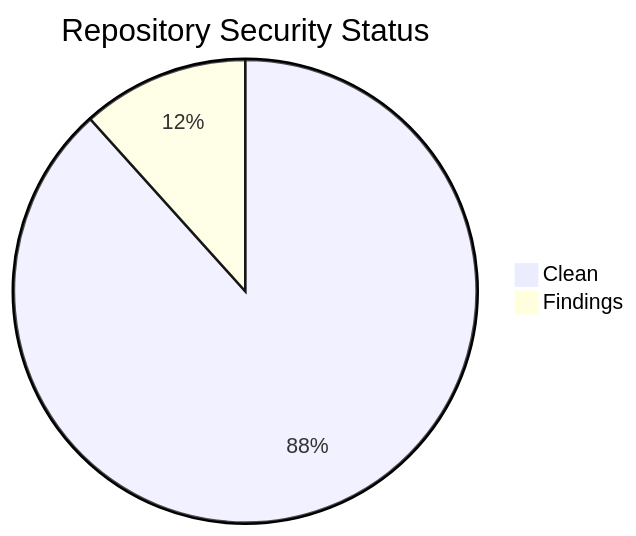
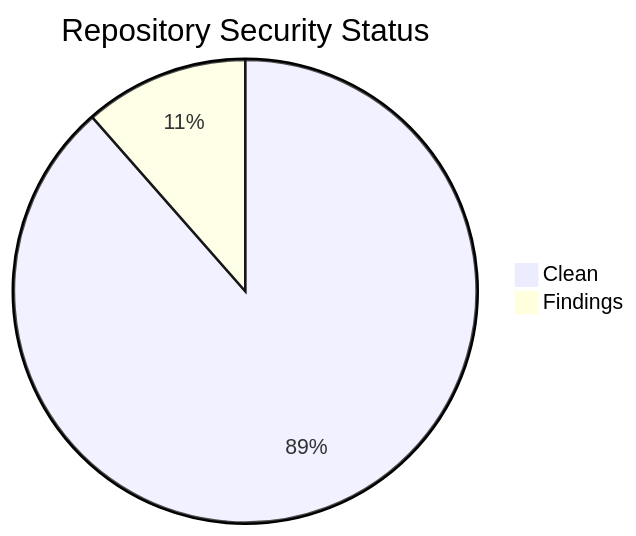
The second of 2 diagrams in projects/status.md (icepaule/icepaule.github.io), drawn with Mermaid before and after one commit. The commit also changed other lines of this file and 53 other files, not shown here.

````diff
--- a/projects/status.md
+++ b/projects/status.md
@@ -123,5 +124,5 @@
 ```mermaid
 pie title Repository Security Status
-    "Clean" : 53
+    "Clean" : 54
     "Findings" : 7
 ```
````
